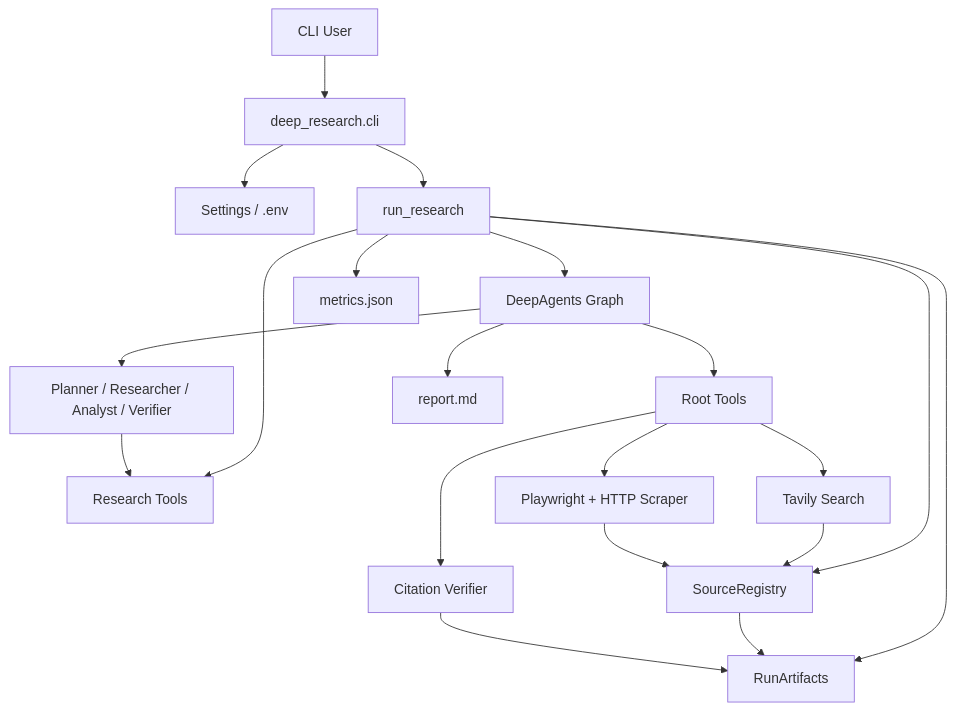
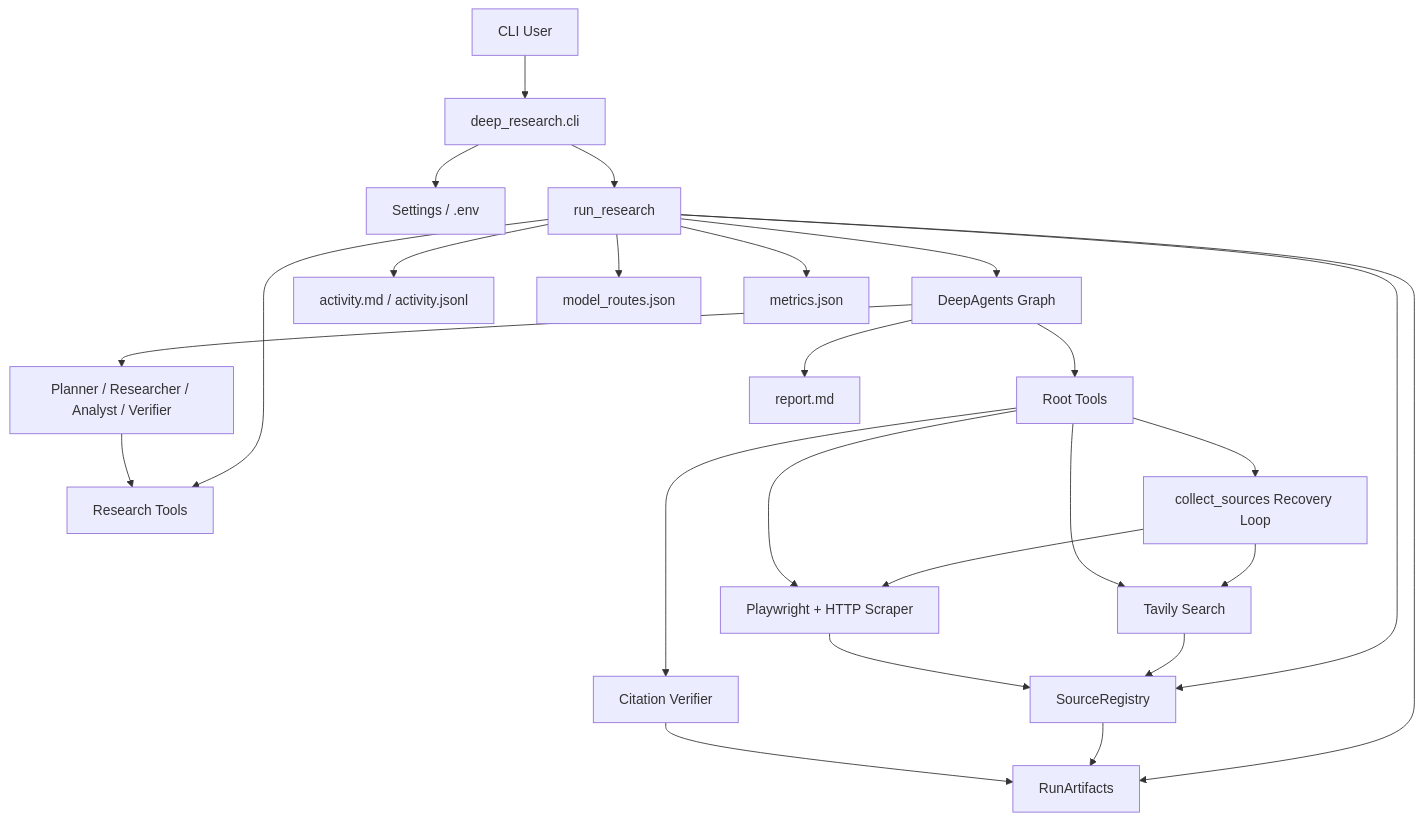
Before and after one commit to THCO-Labs/deep-research-agent: the first of 2 diagrams in ARCHITECTURE.md, drawn with Mermaid. The commit also changed other lines of this file and 30 other files, not shown here.

````diff
--- a/ARCHITECTURE.md
+++ b/ARCHITECTURE.md
@@ -18,22 +19,27 @@
 ```mermaid
 flowchart TD
     User["CLI User"] --> CLI["deep_research.cli"]
     CLI --> Settings["Settings / .env"]
     CLI --> Runner["run_research"]
     Runner --> Artifacts["RunArtifacts"]
     Runner --> Registry["SourceRegistry"]
     Runner --> Tools["Research Tools"]
     Runner --> Agent["DeepAgents Graph"]
     Agent --> RootTools["Root Tools"]
     Agent --> Subagents["Planner / Researcher / Analyst / Verifier"]
+    RootTools --> Collector["collect_sources Recovery Loop"]
+    Collector --> Tavily["Tavily Search"]
+    Collector --> Scraper["Playwright + HTTP Scraper"]
     RootTools --> Tavily["Tavily Search"]
     RootTools --> Scraper["Playwright + HTTP Scraper"]
     RootTools --> Verifier["Citation Verifier"]
     Subagents --> Tools
     Tavily --> Registry
     Scraper --> Registry
     Registry --> Artifacts
     Verifier --> Artifacts
     Agent --> Report["report.md"]
+    Runner --> Activity["activity.md / activity.jsonl"]
+    Runner --> Routes["model_routes.json"]
     Runner --> Metrics["metrics.json"]
 ```
````
